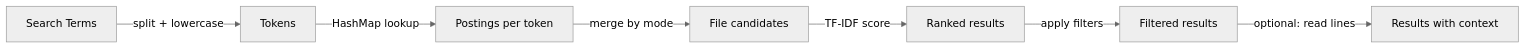
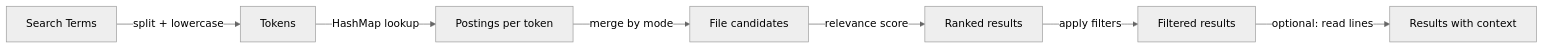
One commit to pustynsky/search-index changed the seventh of 9 diagrams in docs/architecture.md. Above: the diagram before and after it, drawn with Mermaid (neutral theme). The commit also changed other lines of this file and 16 other files, not shown here.

````diff
--- a/docs/architecture.md
+++ b/docs/architecture.md
@@ -467,9 +467,9 @@
 ```mermaid
 graph LR
     A[Search Terms] -->|split + lowercase| B[Tokens]
     B -->|HashMap lookup| C[Postings per token]
     C -->|merge by mode| D[File candidates]
-    D -->|TF-IDF score| E[Ranked results]
+    D -->|relevance score| E[Ranked results]
     E -->|apply filters| F[Filtered results]
     F -->|optional: read lines| G[Results with context]
 ```
````
